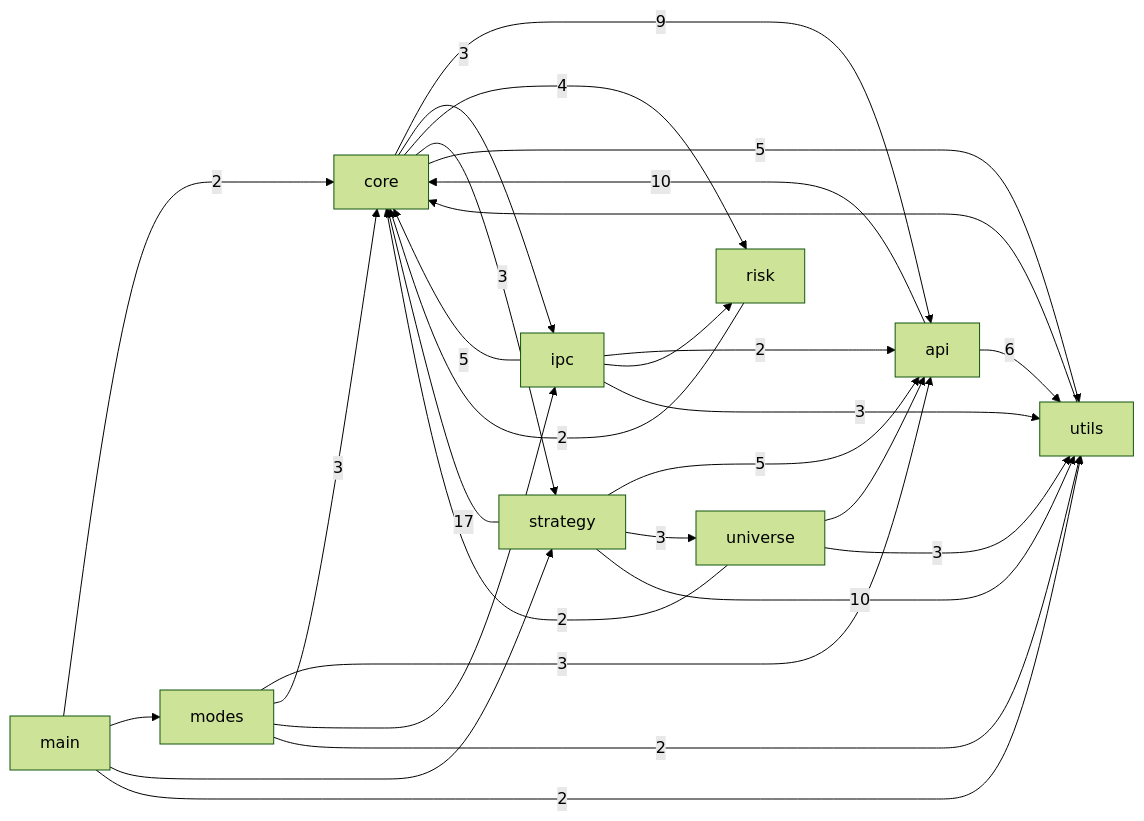
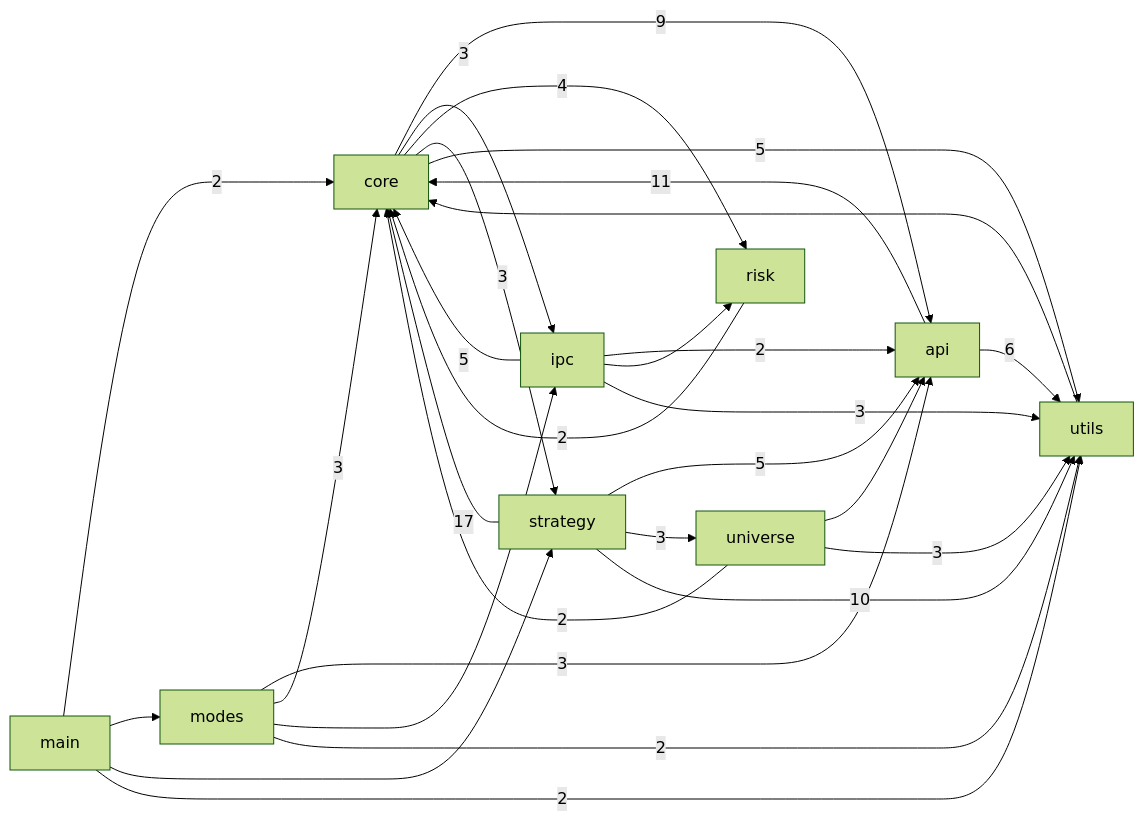
The first of 3 diagrams in docs/CODE_GRAPH.md (pypy8171/Quant), drawn with Mermaid (forest theme) before and after one commit. The commit also changed other lines of this file and 18 other files, not shown here.

````diff
--- a/docs/CODE_GRAPH.md
+++ b/docs/CODE_GRAPH.md
@@ -10,40 +10,40 @@
 ```mermaid
 graph LR
   main[main]
   modes[modes]
   core[core]
   strategy[strategy]
   api[api]
   universe[universe]
   risk[risk]
   ipc[ipc]
   utils[utils]
-  api -->|10| core
+  api -->|11| core
   api -->|6| utils
   core -->|9| api
   core -->|3| ipc
   core -->|4| risk
   core -->|3| strategy
   core -->|5| utils
   ipc -->|2| api
   ipc -->|5| core
   ipc --> risk
   ipc -->|3| utils
   main -->|2| core
   main --> modes
   main --> strategy
   main -->|2| utils
   modes -->|3| api
   modes -->|3| core
   modes --> ipc
   modes -->|2| utils
   risk -->|2| core
   strategy -->|5| api
   strategy -->|17| core
   strategy -->|3| universe
   strategy -->|10| utils
   universe --> api
   universe -->|2| core
   universe -->|3| utils
   utils --> core
 ```
````
